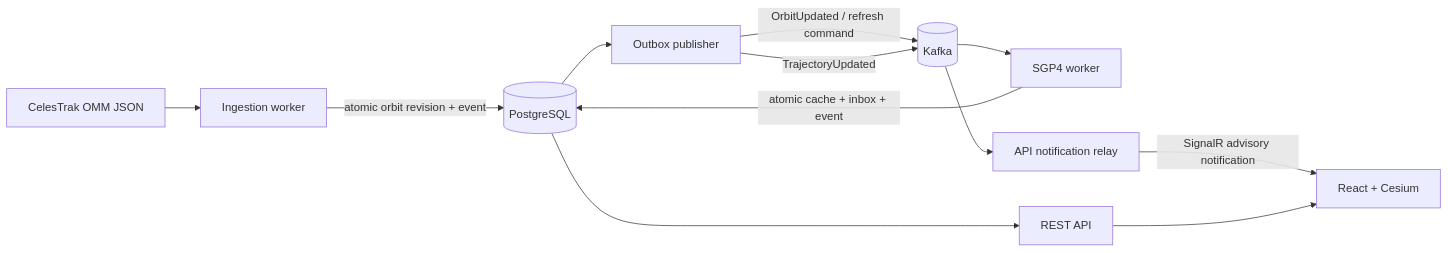
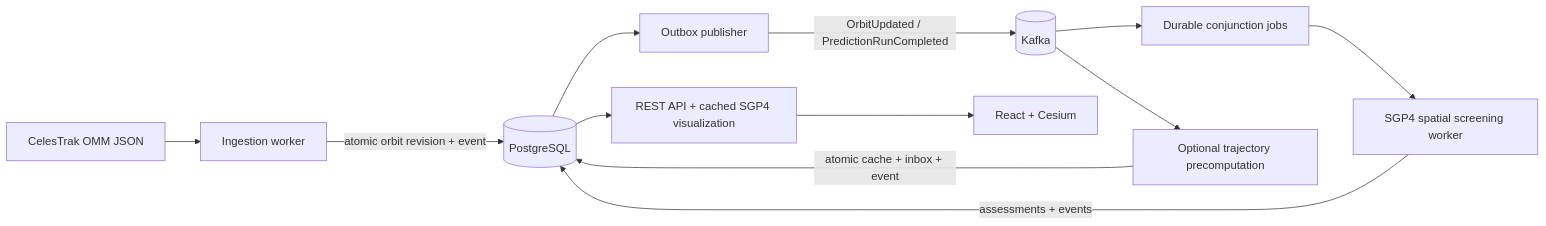
Before and after one commit to igor-couto/orbital-sentinel: the diagram in README.md, drawn with Mermaid. The commit also changed other lines of this file and 46 other files, not shown here.

````diff
--- a/README.md
+++ b/README.md
@@ -40,14 +44,14 @@
 ```mermaid
 flowchart LR
     C[CelesTrak OMM JSON] --> I[Ingestion worker]
     I -->|atomic orbit revision + event| DB[(PostgreSQL)]
     DB --> O[Outbox publisher]
-    O -->|OrbitUpdated / refresh command| K[(Kafka)]
-    K --> P[SGP4 worker]
+    O -->|OrbitUpdated / PredictionRunCompleted| K[(Kafka)]
+    K --> J[Durable conjunction jobs]
+    J --> S[SGP4 spatial screening worker]
+    S -->|assessments + events| DB
+    K --> P[Optional trajectory precomputation]
     P -->|atomic cache + inbox + event| DB
-    O -->|TrajectoryUpdated| K
-    K --> N[API notification relay]
-    DB --> A[REST API]
-    N -->|SignalR advisory notification| UI[React + Cesium]
-    A --> UI
+    DB --> A[REST API + cached SGP4 visualization]
+    A --> UI[React + Cesium]
 ```
````
